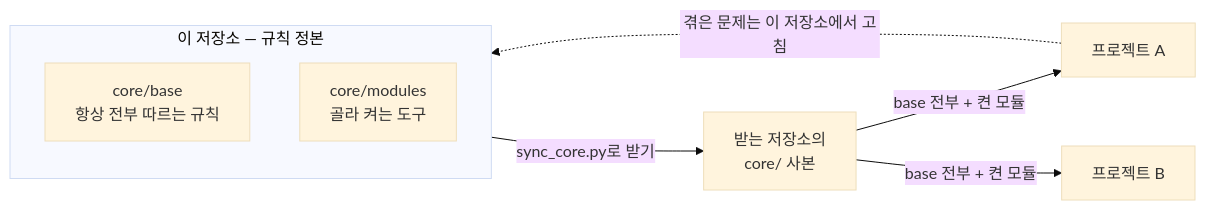
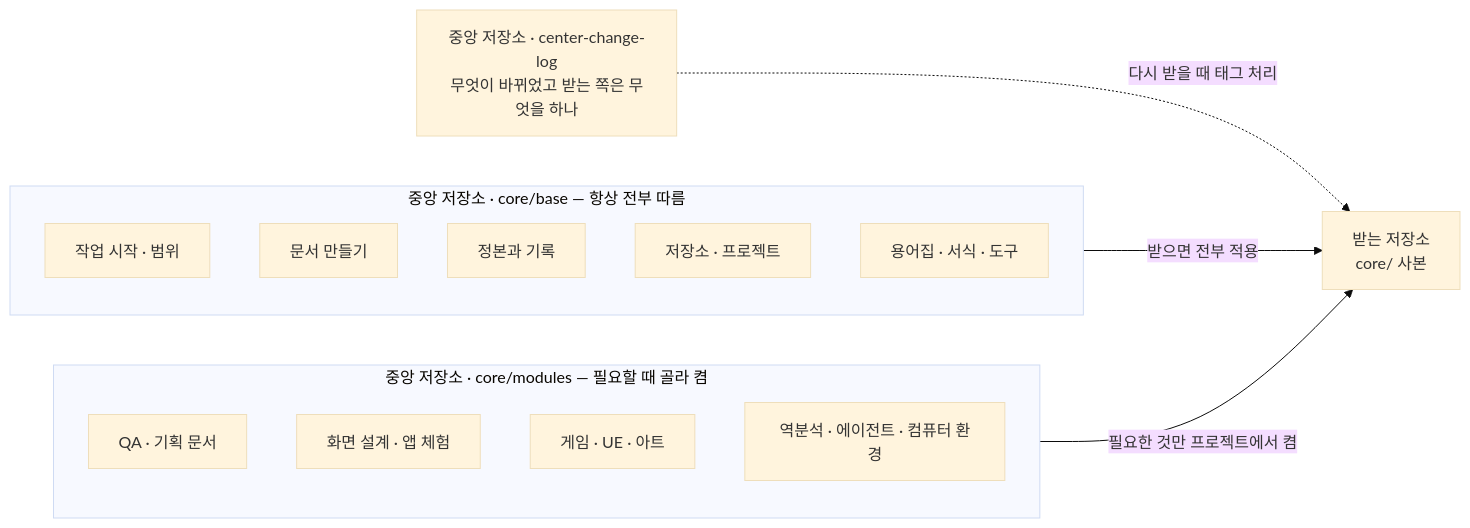
One commit to RyuSeoJin/rsj-centralized-control changed the first of 2 diagrams in README.md. Above: the diagram before and after it, drawn with Mermaid (base theme). The commit also changed other lines of this file, not shown here.

First line of the commit message:
[Center] README 그림을 둘로 다시 그림 — 중앙 규칙 저장소에 들어 있는 것, 프로젝트를 만들고 모듈을 켜는 흐름

````diff
--- a/README.md
+++ b/README.md
@@ -17,12 +19,20 @@
 ```mermaid
 flowchart LR
-  subgraph C["이 저장소 — 규칙 정본"]
-    direction TB
-    B["core/base<br/>항상 전부 따르는 규칙"]
-    M["core/modules<br/>골라 켜는 도구"]
+  subgraph B["중앙 저장소 · core/base — 항상 전부 따름"]
+    b1["작업 시작 · 범위"]
+    b2["문서 만들기"]
+    b3["정본과 기록"]
+    b4["저장소 · 프로젝트"]
+    b5["용어집 · 서식 · 도구"]
   end
-  C -->|sync_core.py로 받기| RC["받는 저장소의<br/>core/ 사본"]
-  RC -->|base 전부 + 켠 모듈| P1["프로젝트 A"]
-  RC -->|base 전부 + 켠 모듈| P2["프로젝트 B"]
-  P1 -.->|겪은 문제는 이 저장소에서 고침| C
+  subgraph M["중앙 저장소 · core/modules — 필요할 때 골라 켬"]
+    m1["QA · 기획 문서"]
+    m2["화면 설계 · 앱 체험"]
+    m3["게임 · UE · 아트"]
+    m4["역분석 · 에이전트 · 컴퓨터 환경"]
+  end
+  L["중앙 저장소 · center-change-log<br/>무엇이 바뀌었고 받는 쪽은 무엇을 하나"]
+  B -->|받으면 전부 적용| R["받는 저장소<br/>core/ 사본"]
+  M -->|필요한 것만 프로젝트에서 켬| R
+  L -.->|다시 받을 때 태그 처리| R
 ```
````
